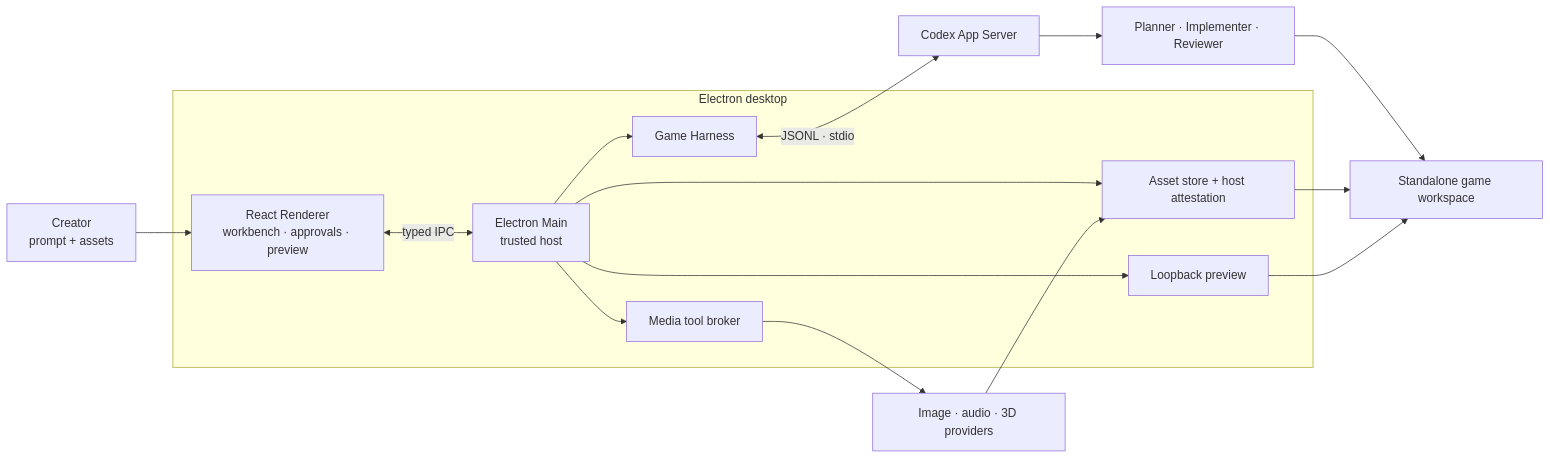
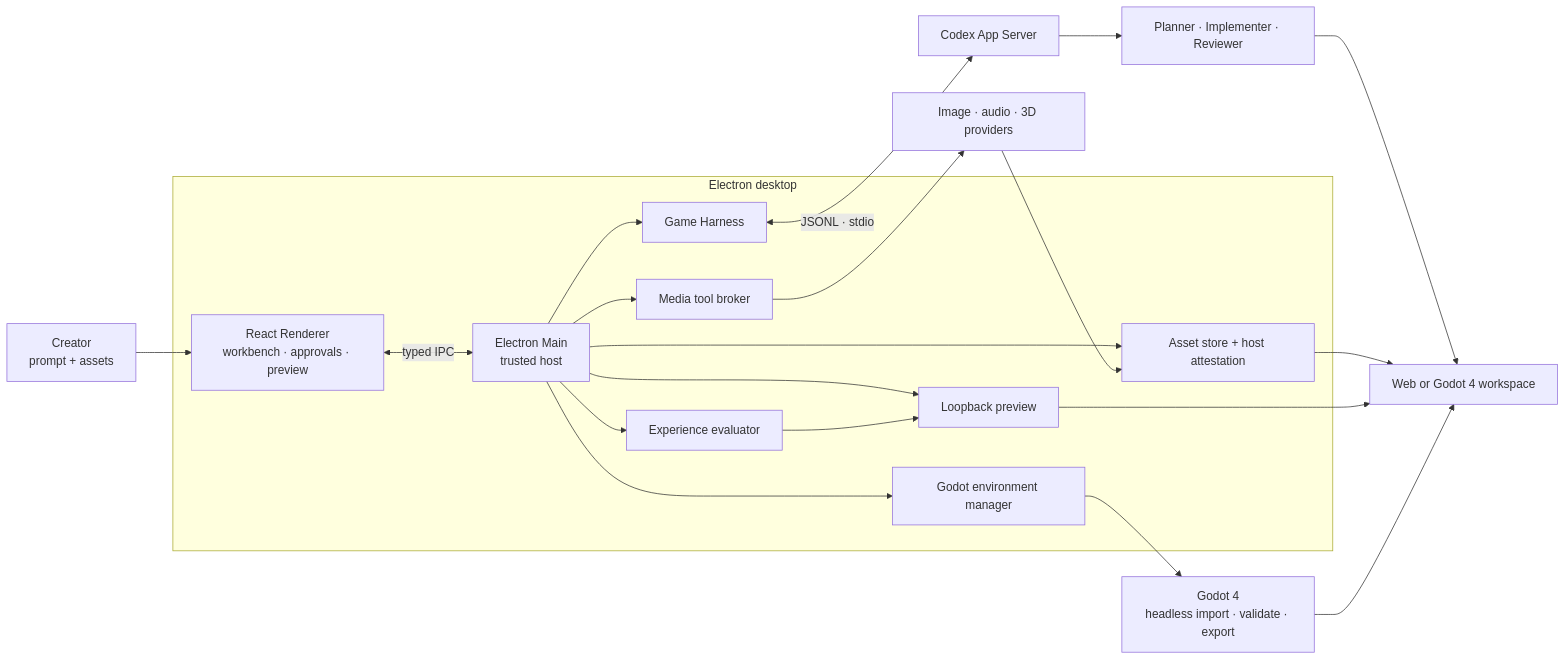
Before and after one commit to Innate-Labs/Noobi.ai: the second of 2 diagrams in README.md, drawn with Mermaid. The commit also changed other lines of this file and 296 other files, not shown here.

````diff
--- a/README.md
+++ b/README.md
@@ -132,20 +140,25 @@
 ```mermaid
 flowchart LR
     User["Creator<br/>prompt + assets"] --> Renderer["React Renderer<br/>workbench · approvals · preview"]
 
     subgraph Desktop["Electron desktop"]
         Renderer <-->|"typed IPC"| Main["Electron Main<br/>trusted host"]
         Main --> Harness["Game Harness"]
         Main --> Preview["Loopback preview"]
+        Main --> Playtest["Experience evaluator"]
+        Main --> Environment["Godot environment manager"]
         Main --> Broker["Media tool broker"]
         Main --> Gate["Asset store + host attestation"]
     end
 
     Harness <-->|"JSONL · stdio"| Codex["Codex App Server"]
     Codex --> Agents["Planner · Implementer · Reviewer"]
-    Agents --> Workspace["Standalone game workspace"]
+    Agents --> Workspace["Web or Godot 4 workspace"]
     Broker --> Providers["Image · audio · 3D providers"]
     Providers --> Gate
     Gate --> Workspace
     Preview --> Workspace
+    Playtest --> Preview
+    Environment --> Godot["Godot 4<br/>headless import · validate · export"]
+    Godot --> Workspace
 ```
````
